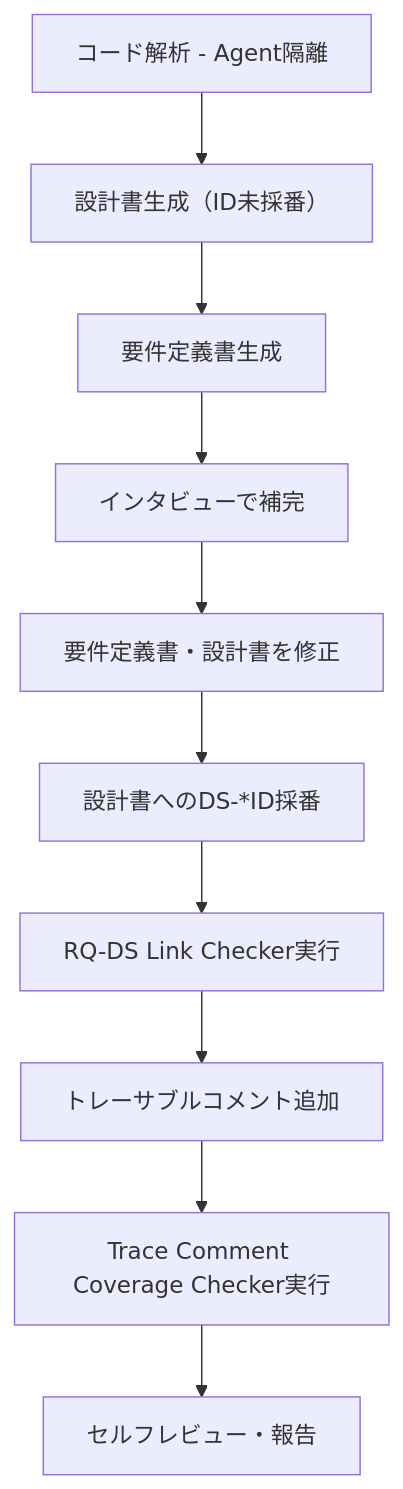
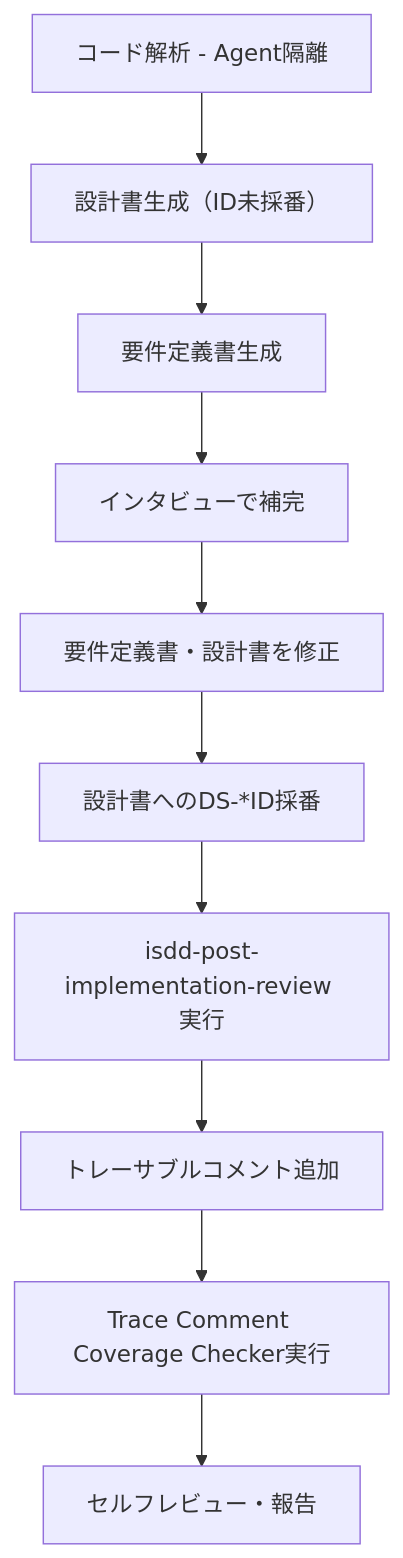
One commit to notfolder/isdd changed the diagram in skills/isdd-reverse-engineering/SKILL.md. Above: the diagram before and after it, drawn with Mermaid. The commit also changed other lines of this file and 20 other files, not shown here.

Commit message:
isdd-change-candidates-review.mdに関する修正を実施

````diff
--- a/skills/isdd-reverse-engineering/SKILL.md
+++ b/skills/isdd-reverse-engineering/SKILL.md
@@ -45,12 +58,12 @@
 ```mermaid
 graph TD
     A[コード解析 - Agent隔離] --> B[設計書生成（ID未採番）]
     B --> C[要件定義書生成]
     C --> D[インタビューで補完]
     D --> E[要件定義書・設計書を修正]
     E --> F[設計書へのDS-*ID採番]
-    F --> F2["RQ-DS Link Checker実行"]
-    F2 --> G[トレーサブルコメント追加]
+  F --> F2["isdd-post-implementation-review 実行"]
+  F2 --> G[トレーサブルコメント追加]
     G --> G2["Trace Comment Coverage Checker実行"]
     G2 --> H[セルフレビュー・報告]
 ```
````
